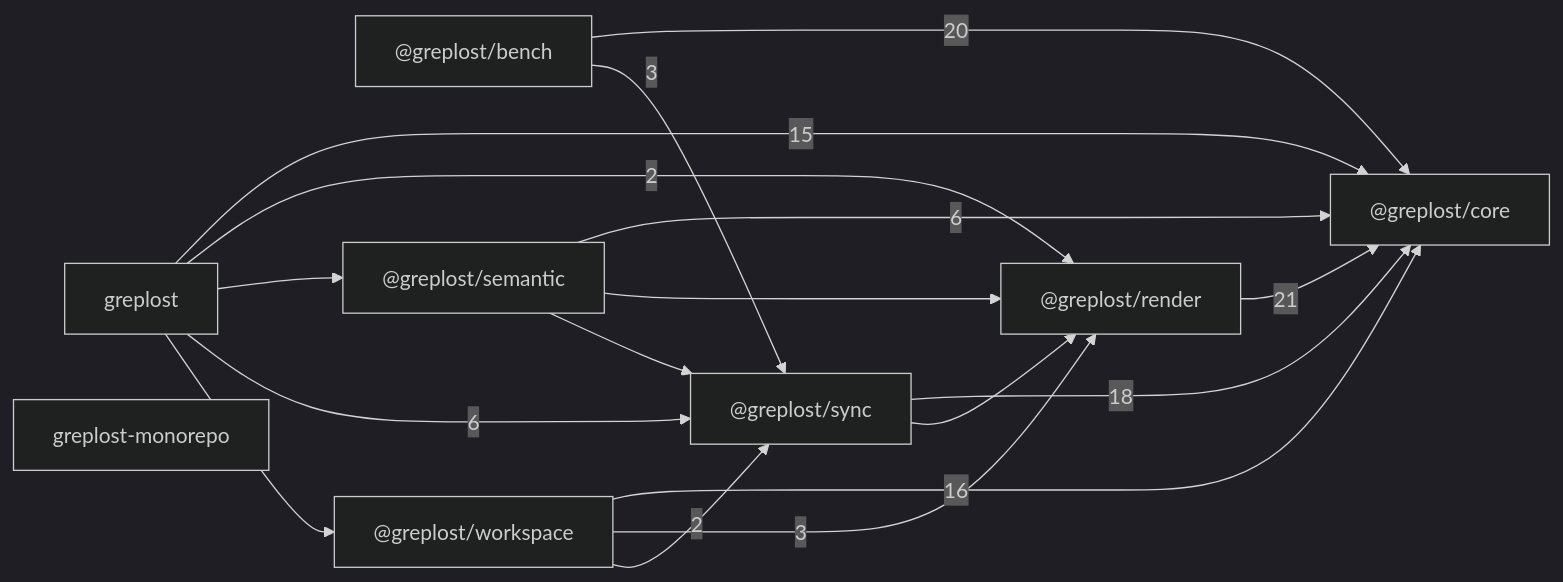
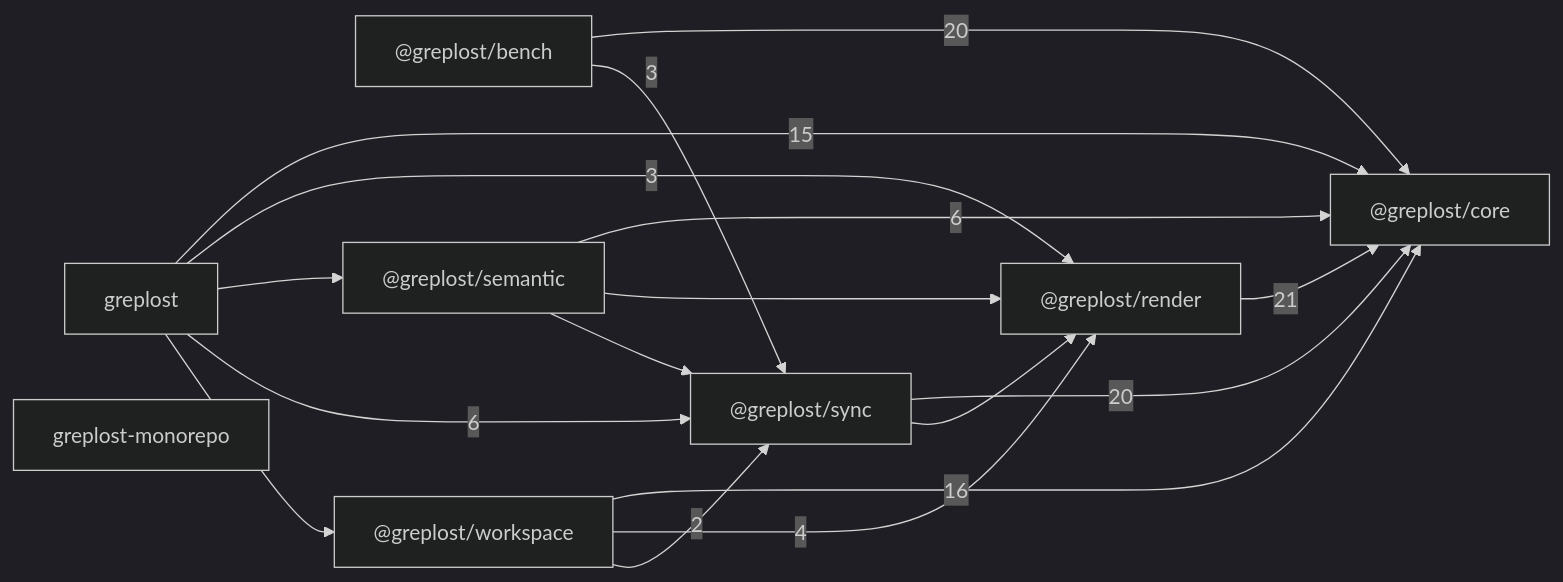
Before and after one commit to sns45/greplost: the diagram in .greplost/repo/MAP.md, drawn with Mermaid (dark theme). The commit also changed other lines of this file and 97 other files, not shown here.

````diff
--- a/.greplost/repo/MAP.md
+++ b/.greplost/repo/MAP.md
@@ -21,27 +21,27 @@
 ```mermaid
 graph LR
   _greplost_bench["@greplost/bench"]
   _greplost_core["@greplost/core"]
   _greplost_render["@greplost/render"]
   _greplost_semantic["@greplost/semantic"]
   _greplost_sync["@greplost/sync"]
   _greplost_workspace["@greplost/workspace"]
   greplost["greplost"]
   greplost_monorepo["greplost-monorepo"]
   _greplost_bench -->|20| _greplost_core
   _greplost_bench -->|3| _greplost_sync
   _greplost_render -->|21| _greplost_core
   _greplost_semantic -->|6| _greplost_core
   _greplost_semantic --> _greplost_render
   _greplost_semantic --> _greplost_sync
-  _greplost_sync -->|18| _greplost_core
+  _greplost_sync -->|20| _greplost_core
   _greplost_sync --> _greplost_render
   _greplost_workspace -->|16| _greplost_core
-  _greplost_workspace -->|3| _greplost_render
+  _greplost_workspace -->|4| _greplost_render
   _greplost_workspace -->|2| _greplost_sync
   greplost -->|15| _greplost_core
-  greplost -->|2| _greplost_render
+  greplost -->|3| _greplost_render
   greplost --> _greplost_semantic
   greplost -->|6| _greplost_sync
   greplost --> _greplost_workspace
 ```
````
